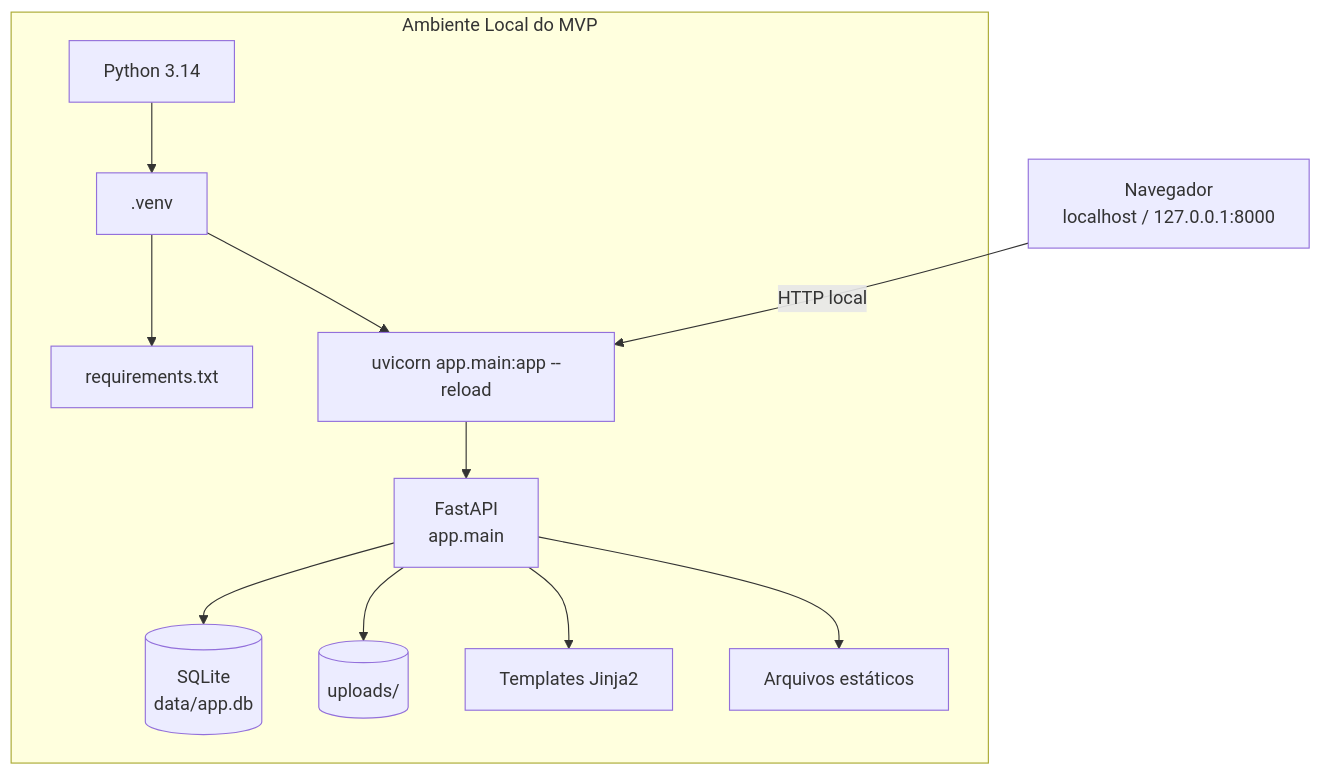
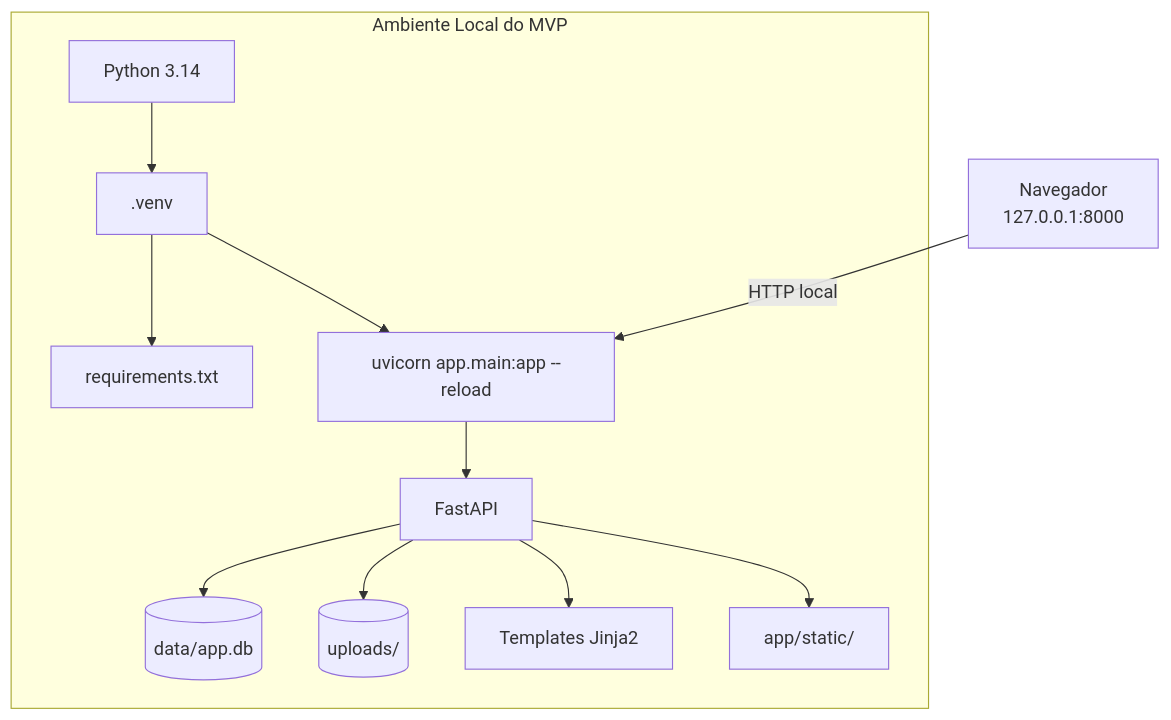
Before and after one commit to tscherubino/esp-t2-es-c4: the seventh of 8 diagrams in docs/ARCHITECTURE_DIAGRAMS.md, drawn with Mermaid. The commit also changed other lines of this file, not shown here.

First line of the commit message:
docs(arquitetura): atualizar diagramas do fluxo de importação

````diff
--- a/docs/ARCHITECTURE_DIAGRAMS.md
+++ b/docs/ARCHITECTURE_DIAGRAMS.md
@@ -337,26 +330,26 @@
 ```mermaid
 flowchart TB
     subgraph Local[Ambiente Local do MVP]
         Python[Python 3.14]
         Venv[.venv]
-        Dependencies[requirements.txt]
+        Requirements[requirements.txt]
         Uvicorn[uvicorn app.main:app --reload]
-        FastAPI[FastAPI\napp.main]
-        SQLite[(SQLite\ndata/app.db)]
+        FastAPI[FastAPI]
+        SQLite[(data/app.db)]
         Uploads[(uploads/)]
         Templates[Templates Jinja2]
-        Static[Arquivos estáticos]
+        Static[app/static/]
 
         Python --> Venv
-        Venv --> Dependencies
+        Venv --> Requirements
         Venv --> Uvicorn
         Uvicorn --> FastAPI
         FastAPI --> SQLite
         FastAPI --> Uploads
         FastAPI --> Templates
         FastAPI --> Static
     end
 
-    Browser[Navegador\nlocalhost / 127.0.0.1:8000]
+    Browser[Navegador\n127.0.0.1:8000]
     Browser -->|HTTP local| Uvicorn
 ```
````
